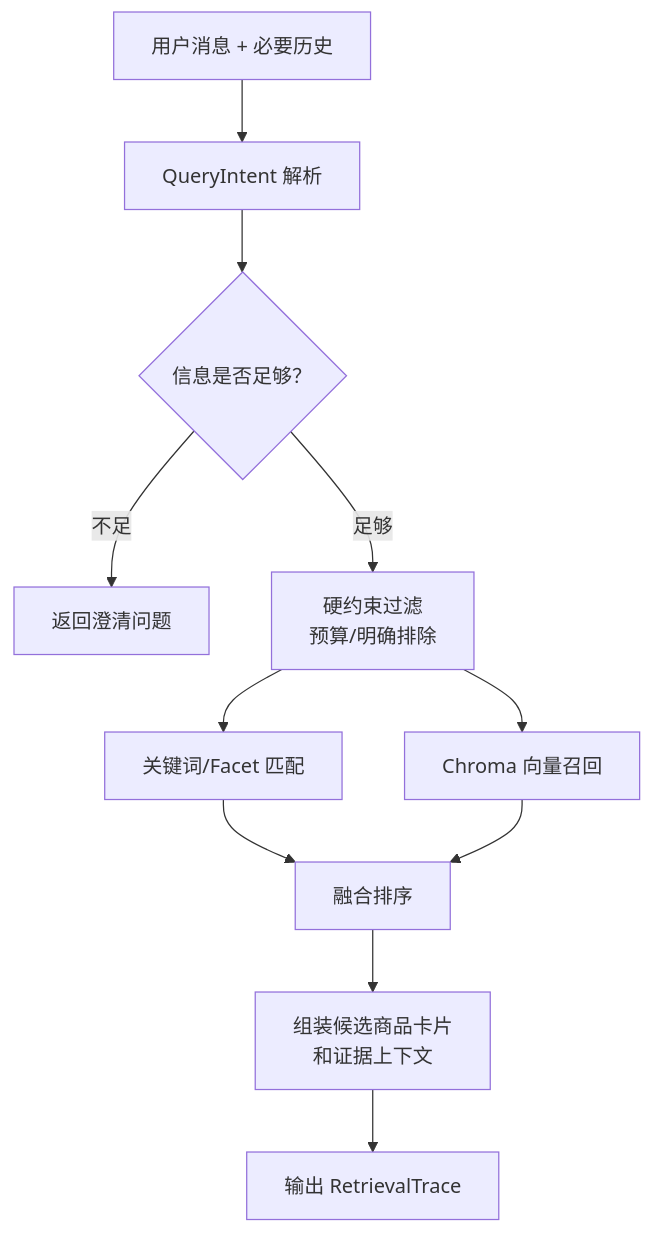
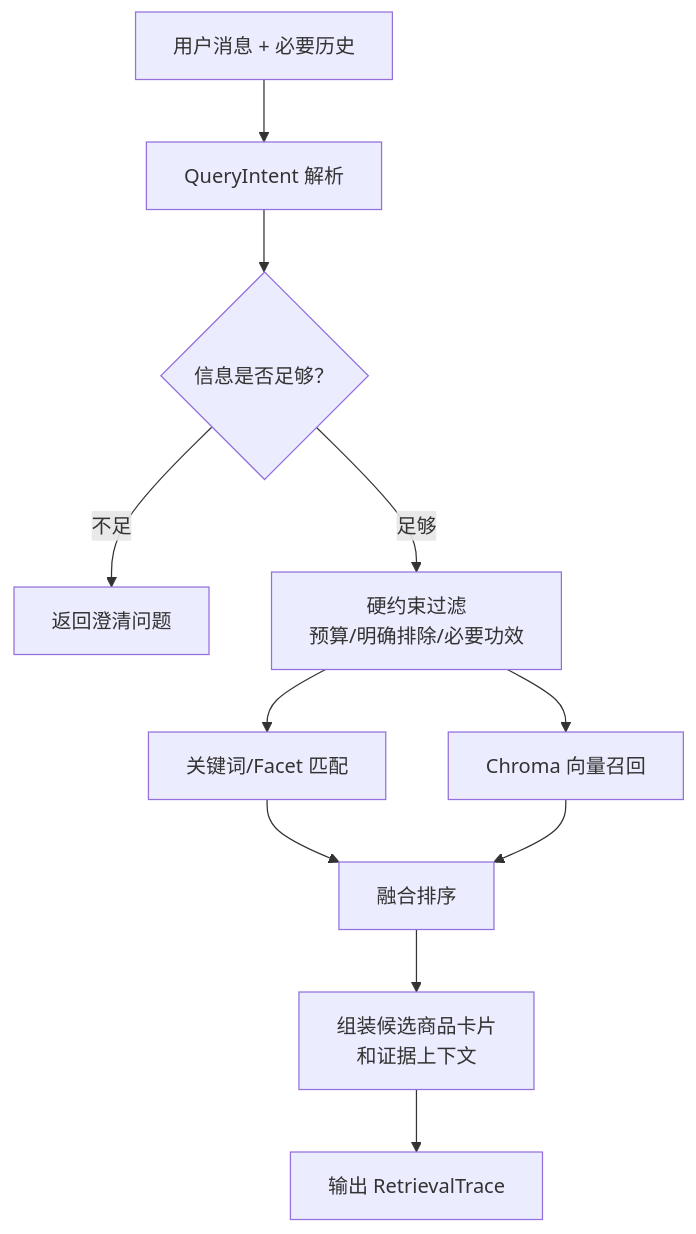
The second of 2 diagrams in docs/10_architecture.md (saki-37/bytedance-rag-shopping-agent), drawn with Mermaid before and after one commit. The commit also changed other lines of this file and 12 other files, not shown here.

````diff
--- a/docs/10_architecture.md
+++ b/docs/10_architecture.md
@@ -110,13 +110,13 @@
 ```mermaid
 flowchart TD
     M["用户消息 + 必要历史"] --> P["QueryIntent 解析"]
     P --> GATE{"信息是否足够？"}
     GATE -->|"不足"| ASK["返回澄清问题"]
-    GATE -->|"足够"| HF["硬约束过滤<br/>预算/明确排除"]
+    GATE -->|"足够"| HF["硬约束过滤<br/>预算/明确排除/必要功效"]
     HF --> KW["关键词/Facet 匹配"]
     HF --> VE["Chroma 向量召回"]
     KW --> RANK["融合排序"]
     VE --> RANK
     RANK --> CTX["组装候选商品卡片<br/>和证据上下文"]
     CTX --> TRACE["输出 RetrievalTrace"]
 ```
````
